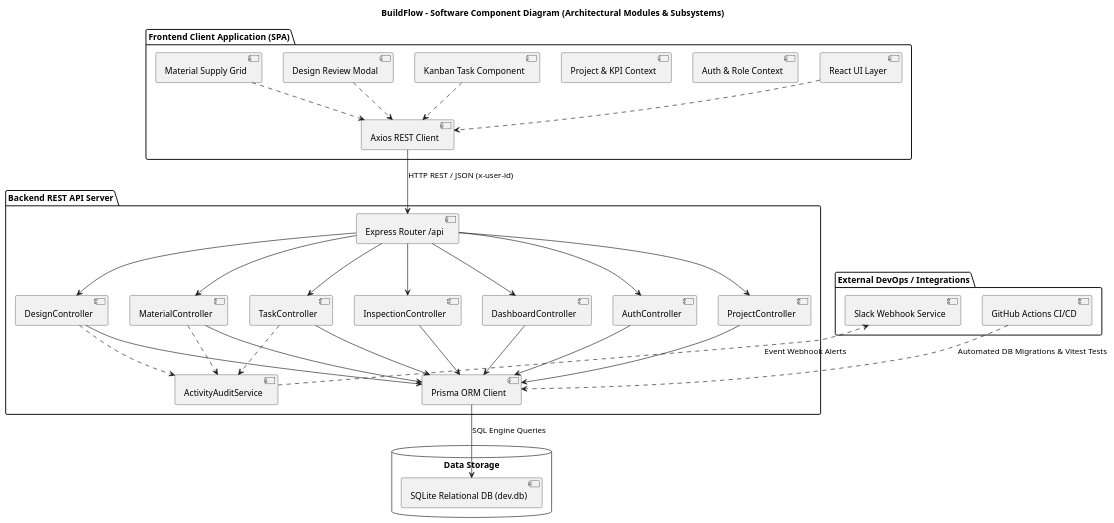
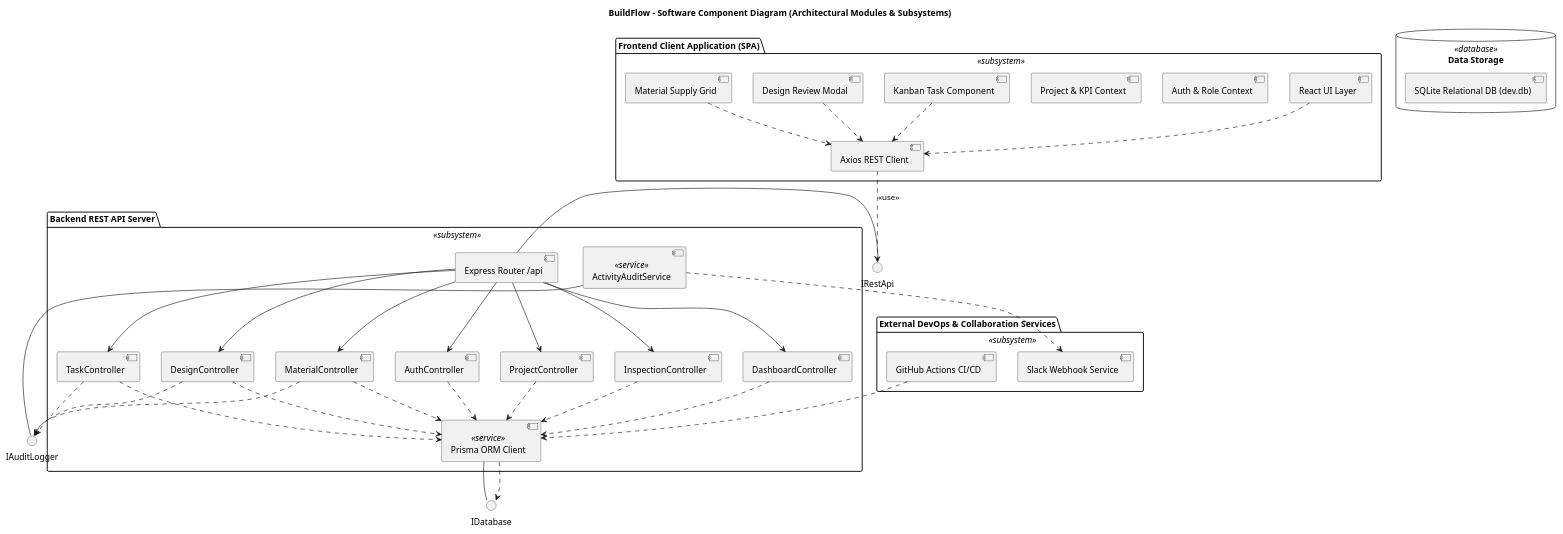
Before and after one commit to Shaunakrane914/BuildFlow: the diagram in docs/uml/component_diagram.puml, drawn with PlantUML. The commit also changed 7 other files, not shown here.

Commit message:
feat(uml): implement full 100% SEPM UML compliance across all 9 diagrams (swimlanes, stereotypes, generalization trees, realization contracts, include/extend, alt/else fragments)

```diff
--- a/docs/uml/component_diagram.puml
+++ b/docs/uml/component_diagram.puml
@@ -1,69 +1,78 @@
 @startuml BuildFlow_Component_Diagram
 title BuildFlow - Software Component Diagram (Architectural Modules & Subsystems)
 skinparam componentStyle uml2
 skinparam shadowing false
 
-package "Frontend Client Application (SPA)" {
+package "Frontend Client Application (SPA)" <<subsystem>> {
   [React UI Layer] as UI
   [Auth & Role Context] as Auth
   [Project & KPI Context] as ProjCtx
   [Kanban Task Component] as Kanban
   [Design Review Modal] as DesignUI
   [Material Supply Grid] as MatUI
   [Axios REST Client] as Axios
 }
 
-package "Backend REST API Server" {
+interface "IRestApi" as IRestApi
+interface "IDatabase" as IDatabase
+interface "IAuditLogger" as IAuditLogger
+
+package "Backend REST API Server" <<subsystem>> {
   [Express Router /api] as Router
   [AuthController] as AuthCtrl
   [ProjectController] as ProjCtrl
   [TaskController] as TaskCtrl
   [DesignController] as DesignCtrl
   [MaterialController] as MatCtrl
   [InspectionController] as InspCtrl
   [DashboardController] as DashCtrl
-  [ActivityAuditService] as AuditSvc
-  [Prisma ORM Client] as Prisma
+  [ActivityAuditService] as AuditSvc <<service>>
+  [Prisma ORM Client] as Prisma <<service>>
 }
 
-database "Data Storage" {
+database "Data Storage" <<database>> {
   [SQLite Relational DB (dev.db)] as DB
 }
 
-package "External DevOps / Integrations" {
+package "External DevOps & Collaboration Services" <<subsystem>> {
   [Slack Webhook Service] as Slack
   [GitHub Actions CI/CD] as CI
 }
+
+Router - IRestApi
+Prisma - IDatabase
+AuditSvc - IAuditLogger
+
+Axios ..> IRestApi : <<use>>
 
 UI ..> Axios
 Kanban ..> Axios
 DesignUI ..> Axios
 MatUI ..> Axios
 
-Axios --> Router : HTTP REST / JSON (x-user-id)
 Router --> AuthCtrl
 Router --> ProjCtrl
 Router --> TaskCtrl
 Router --> DesignCtrl
 Router --> MatCtrl
 Router --> InspCtrl
 Router --> DashCtrl
 
-TaskCtrl ..> AuditSvc
-DesignCtrl ..> AuditSvc
-MatCtrl ..> AuditSvc
+TaskCtrl ..> IAuditLogger
+DesignCtrl ..> IAuditLogger
+MatCtrl ..> IAuditLogger
 
-AuthCtrl --> Prisma
-ProjCtrl --> Prisma
-TaskCtrl --> Prisma
-DesignCtrl --> Prisma
-MatCtrl --> Prisma
-InspCtrl --> Prisma
-DashCtrl --> Prisma
+AuthCtrl ..> Prisma
+ProjCtrl ..> Prisma
+TaskCtrl ..> Prisma
+DesignCtrl ..> Prisma
+MatCtrl ..> Prisma
+InspCtrl ..> Prisma
+DashCtrl ..> Prisma
 
-Prisma --> DB : SQL Engine Queries
+Prisma ..> IDatabase
 
-AuditSvc ..> Slack : Event Webhook Alerts
-CI ..> Prisma : Automated DB Migrations & Vitest Tests
+AuditSvc ..> Slack
+CI ..> Prisma
 
 @enduml
```
